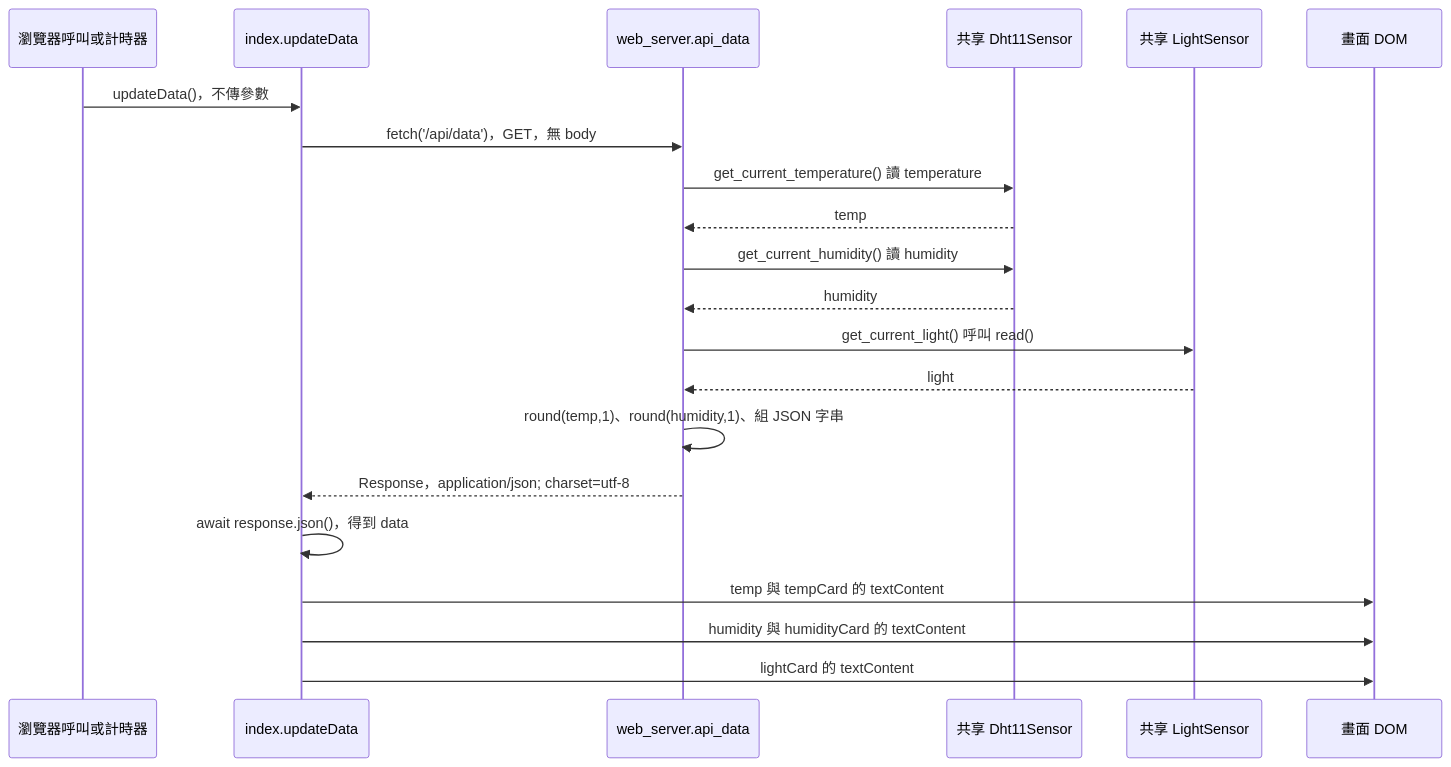
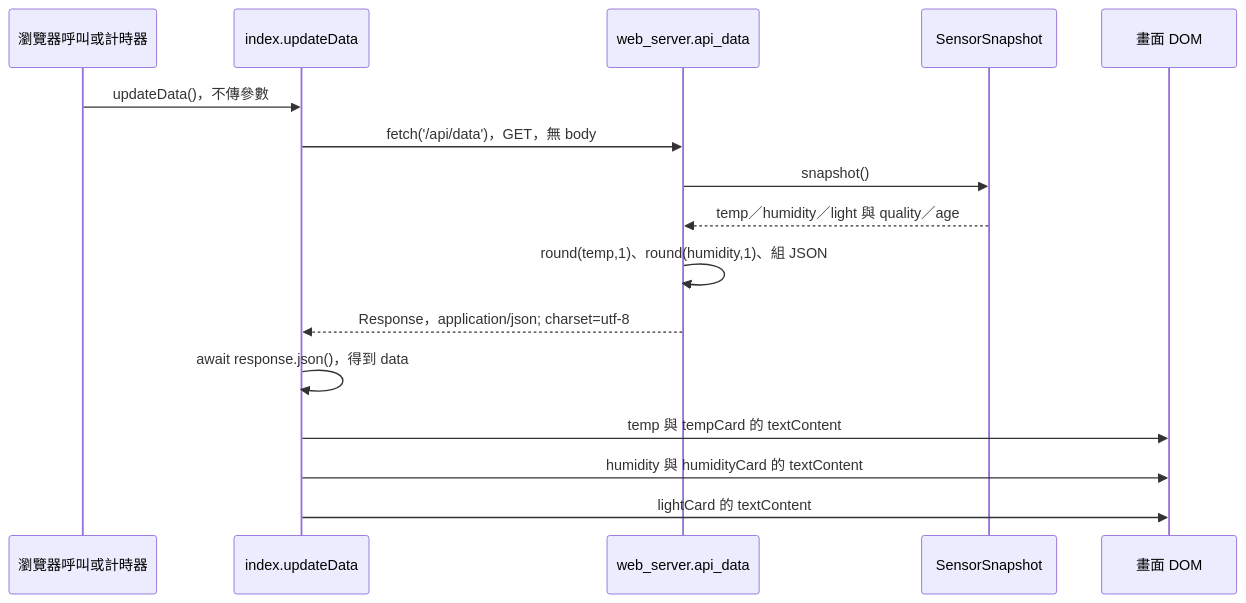
One commit to change918418-tech/IoT_Course changed the sixth of 12 diagrams in WEB_UI_EXECUTION_GUIDE.md. Above: the diagram before and after it, drawn with Mermaid. The commit also changed other lines of this file and 25 other files, not shown here.

````diff
--- a/WEB_UI_EXECUTION_GUIDE.md
+++ b/WEB_UI_EXECUTION_GUIDE.md
@@ -376,23 +370,18 @@
 ```mermaid
 sequenceDiagram
     participant Timer as 瀏覽器呼叫或計時器
     participant JS as index.updateData
     participant API as web_server.api_data
-    participant DHT as 共享 Dht11Sensor
-    participant Light as 共享 LightSensor
+    participant Snapshot as SensorSnapshot
     participant DOM as 畫面 DOM
     Timer->>JS: updateData()，不傳參數
     JS->>API: fetch('/api/data')，GET，無 body
-    API->>DHT: get_current_temperature() 讀 temperature
-    DHT-->>API: temp
-    API->>DHT: get_current_humidity() 讀 humidity
-    DHT-->>API: humidity
-    API->>Light: get_current_light() 呼叫 read()
-    Light-->>API: light
-    API->>API: round(temp,1)、round(humidity,1)、組 JSON 字串
+    API->>Snapshot: snapshot()
+    Snapshot-->>API: temp／humidity／light 與 quality／age
+    API->>API: round(temp,1)、round(humidity,1)、組 JSON
     API-->>JS: Response，application/json#59; charset=utf-8
     JS->>JS: await response.json()，得到 data
     JS->>DOM: temp 與 tempCard 的 textContent
     JS->>DOM: humidity 與 humidityCard 的 textContent
     JS->>DOM: lightCard 的 textContent
 ```
````
